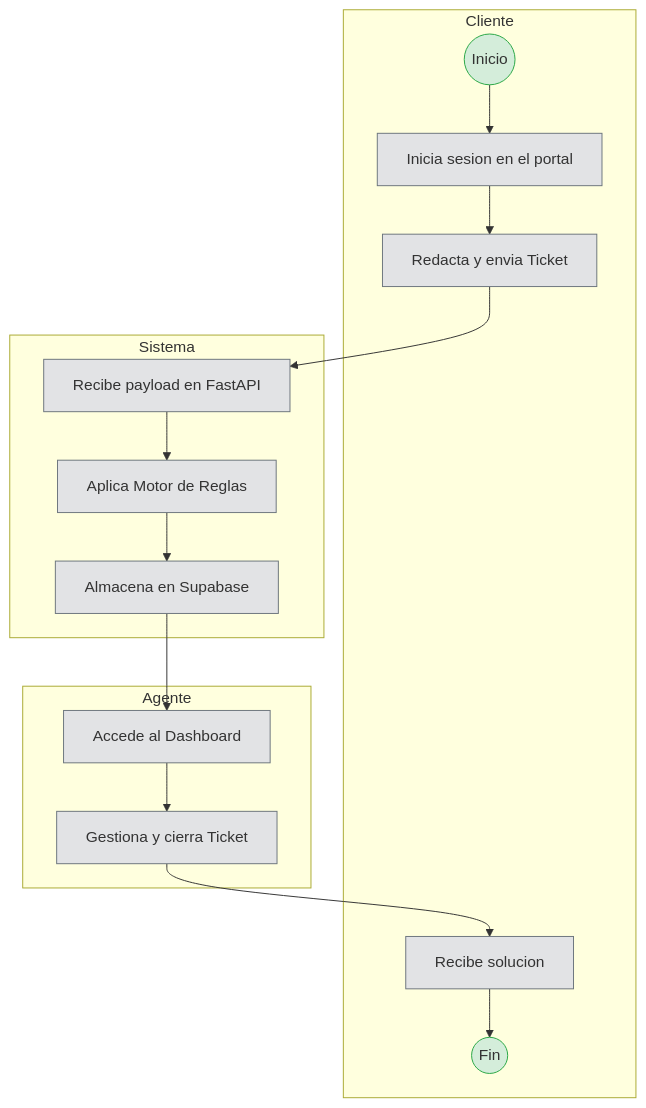
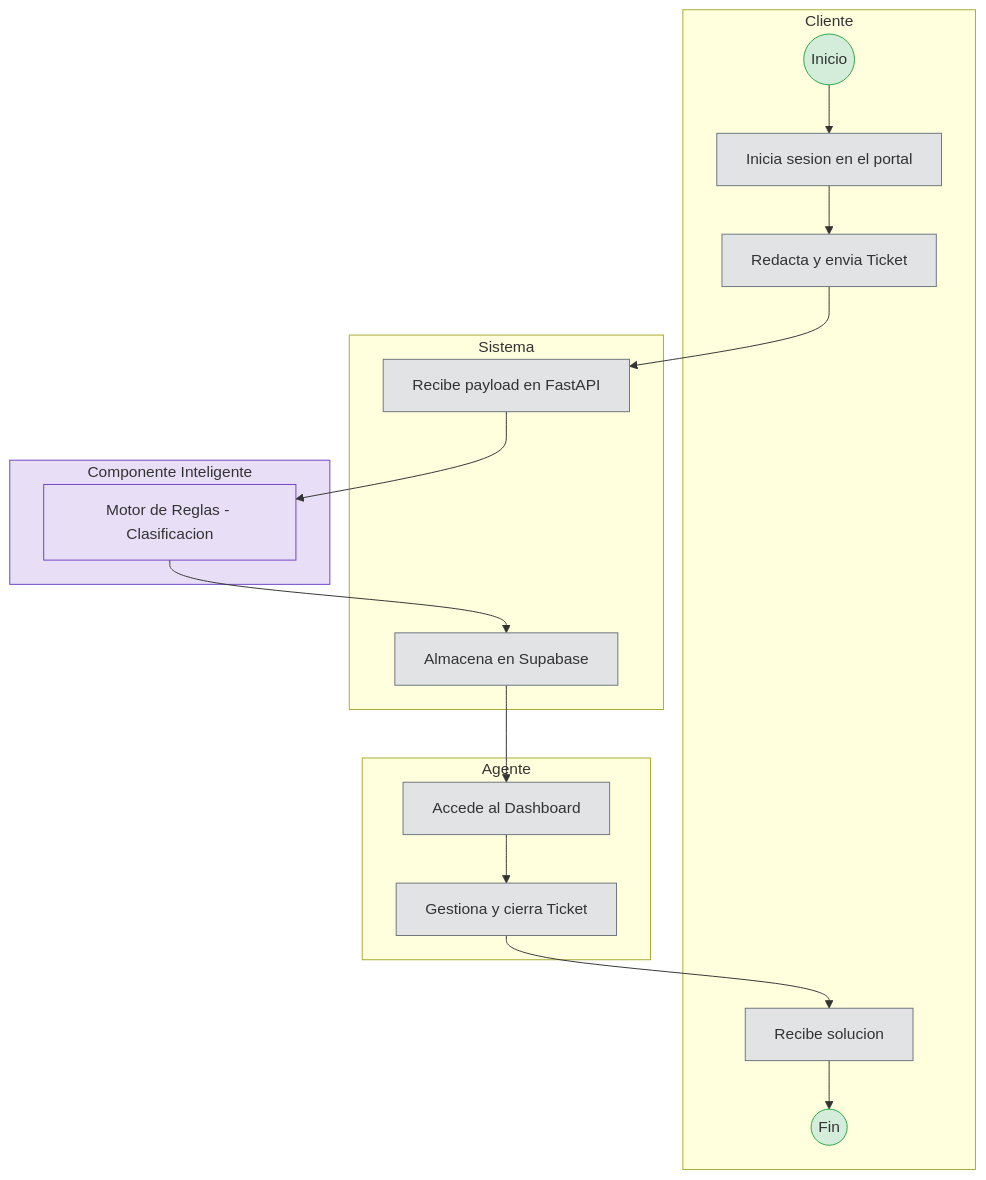
The first of 2 diagrams in docs/Entrega I/3.modelado_de_procesos.md (castanojulianunivalle/ai-copilot), drawn with Mermaid before and after one commit. The commit also changed other lines of this file, not shown here.

Commit message:
feat: enhance process flow documentation with updated IA component and classification logic

````diff
--- a/docs/Entrega I/3.modelado_de_procesos.md
+++ b/docs/Entrega I/3.modelado_de_procesos.md
@@ -11,25 +11,36 @@
 ```mermaid
 flowchart TD
     subgraph Cliente
         A((Inicio)) --> B[Inicia sesion en el portal]
         B --> C[Redacta y envia Ticket]
         O[Recibe solucion] --> P((Fin))
     end
 
     subgraph Sistema
-        C --> D[Recibe payload en FastAPI]
-        D --> F[Aplica Motor de Reglas]
-        F --> I[Almacena en Supabase]
+        D[Recibe payload en FastAPI]
+        I[Almacena en Supabase]
     end
 
+    subgraph IA["Componente Inteligente"]
+        F[Motor de Reglas - Clasificacion]
+    end
+
+    C --> D
+    D --> F
+    F --> I
+    I --> M
+
     subgraph Agente
-        I --> M[Accede al Dashboard]
+        M[Accede al Dashboard]
         M --> N[Gestiona y cierra Ticket]
         N --> O
     end
 
     classDef startEnd fill:#d4edda,stroke:#28a745
     classDef process fill:#e2e3e5,stroke:#6c757d
+    classDef intelligent fill:#e8dff7,stroke:#6f42c1
     class A,P startEnd
-    class B,C,D,F,I,M,N,O process
+    class B,C,D,I,M,N,O process
+    class F intelligent
+    style IA fill:#e8dff7,stroke:#6f42c1
 ```
````
